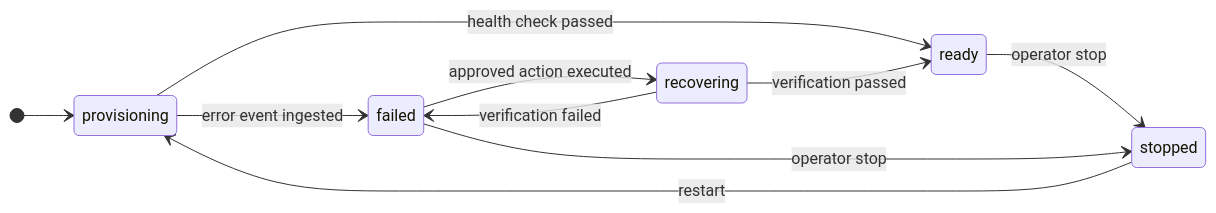
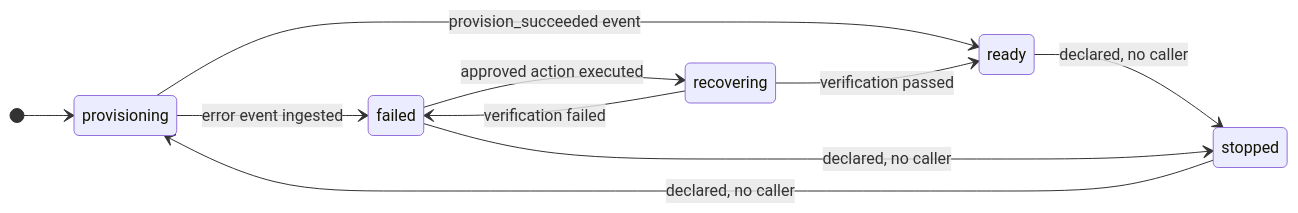
Before and after one commit to Vishwas1345/LabOps-Copilot: the fifth of 8 diagrams in ARCHITECTURE.md, drawn with Mermaid. The commit also changed other lines of this file and 2 other files, not shown here.

First line of the commit message:
docs: rewrite ARCHITECTURE where it described a design, not the system

````diff
--- a/ARCHITECTURE.md
+++ b/ARCHITECTURE.md
@@ -462,13 +469,13 @@
 ```mermaid
 stateDiagram-v2
   direction LR
   [*] --> provisioning
-  provisioning --> ready: health check passed
+  provisioning --> ready: provision_succeeded event
   provisioning --> failed: error event ingested
   failed --> recovering: approved action executed
   recovering --> ready: verification passed
   recovering --> failed: verification failed
-  ready --> stopped: operator stop
-  failed --> stopped: operator stop
-  stopped --> provisioning: restart
+  ready --> stopped: declared, no caller
+  failed --> stopped: declared, no caller
+  stopped --> provisioning: declared, no caller
 ```
````
